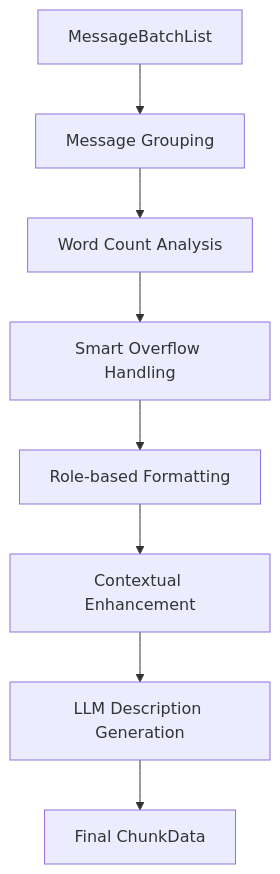
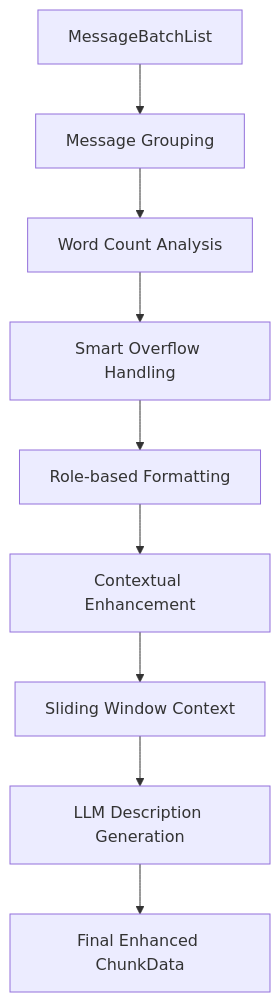
The fourth of 11 diagrams in docs/architecture/chunking.md (memfuse/memfuse), drawn with Mermaid before and after one commit. The commit also changed other lines of this file and 19 other files, not shown here.

````diff
--- a/docs/architecture/chunking.md
+++ b/docs/architecture/chunking.md
@@ -156,10 +159,11 @@
 ```mermaid
 graph TB
     A[MessageBatchList] --> B[Message Grouping]
     B --> C[Word Count Analysis]
     C --> D[Smart Overflow Handling]
     D --> E[Role-based Formatting]
     E --> F[Contextual Enhancement]
-    F --> G[LLM Description Generation]
-    G --> H[Final ChunkData]
+    F --> G[Sliding Window Context]
+    G --> H[LLM Description Generation]
+    H --> I[Final Enhanced ChunkData]
 ```
````
